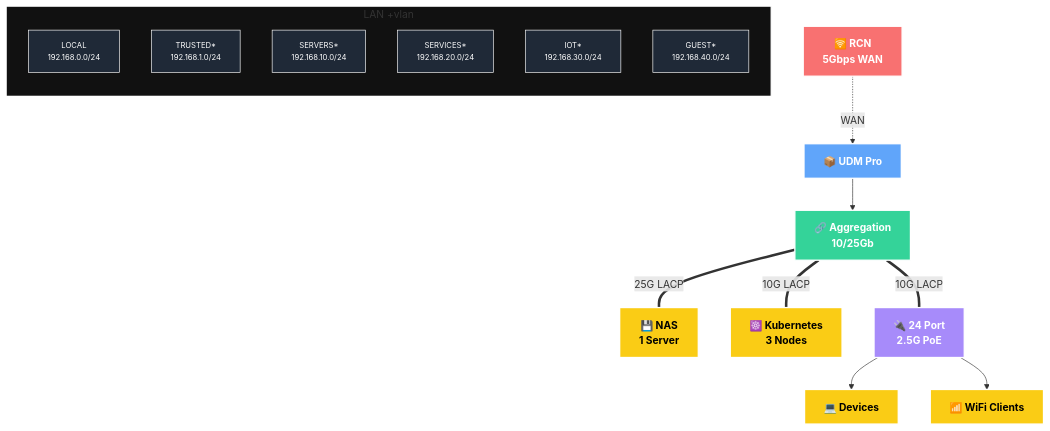
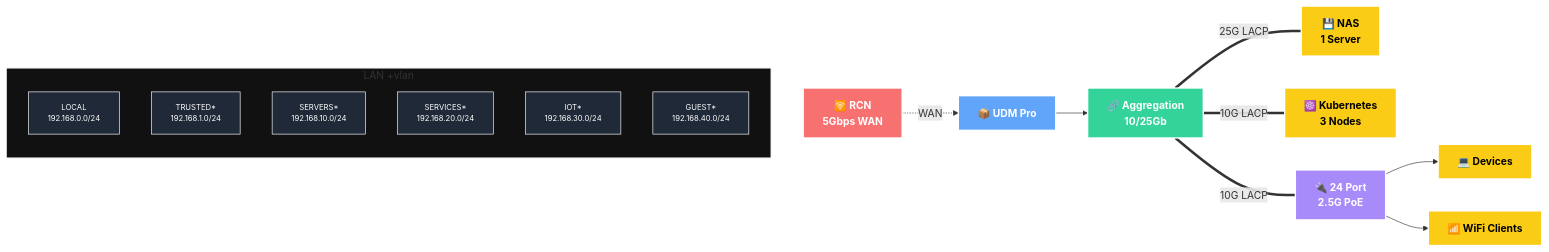
One commit to buroa/k8s-gitops changed the second of 2 diagrams in README.md. Above: the diagram before and after it, drawn with Mermaid.

````diff
--- a/README.md
+++ b/README.md
@@ -123,48 +123,49 @@
 ```mermaid
-graph TD
+graph LR
     %% Class Definitions
     classDef wan fill:#f87171,stroke:#fff,stroke-width:2px,color:#fff,font-weight:bold;
     classDef core fill:#60a5fa,stroke:#fff,stroke-width:2px,color:#fff,font-weight:bold;
     classDef agg fill:#34d399,stroke:#fff,stroke-width:2px,color:#fff,font-weight:bold;
     classDef switch fill:#a78bfa,stroke:#fff,stroke-width:2px,color:#fff,font-weight:bold;
     classDef device fill:#facc15,stroke:#fff,stroke-width:2px,color:#000,font-weight:bold;
     classDef vlan fill:#1f2937,stroke:#fff,stroke-width:1px,color:#fff,font-size:12px;
 
     %% Nodes
     RCN[🛜 RCN<br/>5Gbps WAN]:::wan
     UDM[📦 UDM Pro]:::core
     AGG[🔗 Aggregation<br/>10/25Gb]:::agg
     NAS[💾 NAS<br/>1 Server]:::device
     K8s[☸️ Kubernetes<br/>3 Nodes]:::device
     SW[🔌 24 Port<br/>2.5G PoE]:::switch
     DEV[💻 Devices]:::device
     WIFI[📶 WiFi Clients]:::device
 
     %% Subgraph for VLANs
     subgraph VLANs [LAN +vlan]
         direction TB
         LOCAL[LOCAL<br/>192.168.0.0/24]:::vlan
         TRUSTED[TRUSTED*<br/>192.168.1.0/24]:::vlan
         SERVERS[SERVERS*<br/>192.168.10.0/24]:::vlan
         SERVICES[SERVICES*<br/>192.168.20.0/24]:::vlan
         IOT[IOT*<br/>192.168.30.0/24]:::vlan
         GUEST[GUEST*<br/>192.168.40.0/24]:::vlan
     end
 
     style VLANs fill:#111,stroke:#fff,stroke-width:2px,rx:0,ry:0,padding:20px;
 
     %% Links
+    SERVERS -.-> RCN
     RCN -.->|WAN| UDM
     UDM --> AGG
     AGG -- 25G LACP --- NAS
     AGG -- 10G LACP --- K8s
     AGG -- 10G LACP --- SW
     SW --> DEV
     SW --> WIFI
 
-    %% Style the bonded links thicker
-    linkStyle 2 stroke-width:4px,stroke:34d399;
+    %% Keep SERVERS->RCN as a hidden layout constraint and style bonded links thicker
+    linkStyle 0 stroke:transparent,stroke-width:0px,color:transparent;
     linkStyle 3 stroke-width:4px,stroke:34d399;
     linkStyle 4 stroke-width:4px,stroke:34d399;
-
+    linkStyle 5 stroke-width:4px,stroke:34d399;
 ```
````
